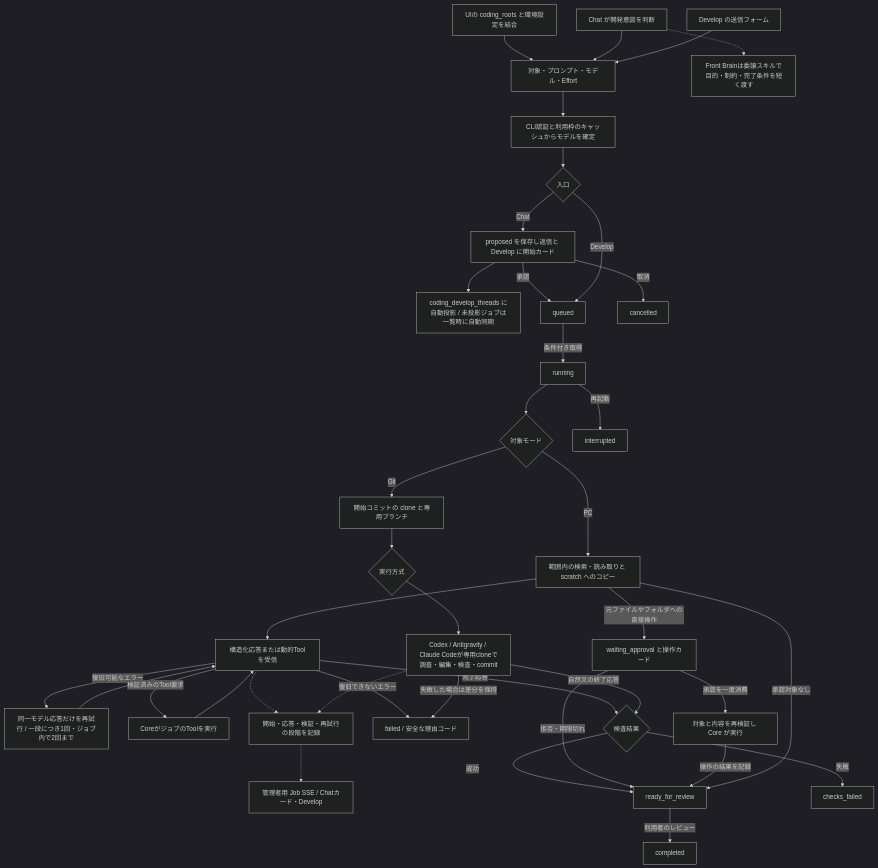
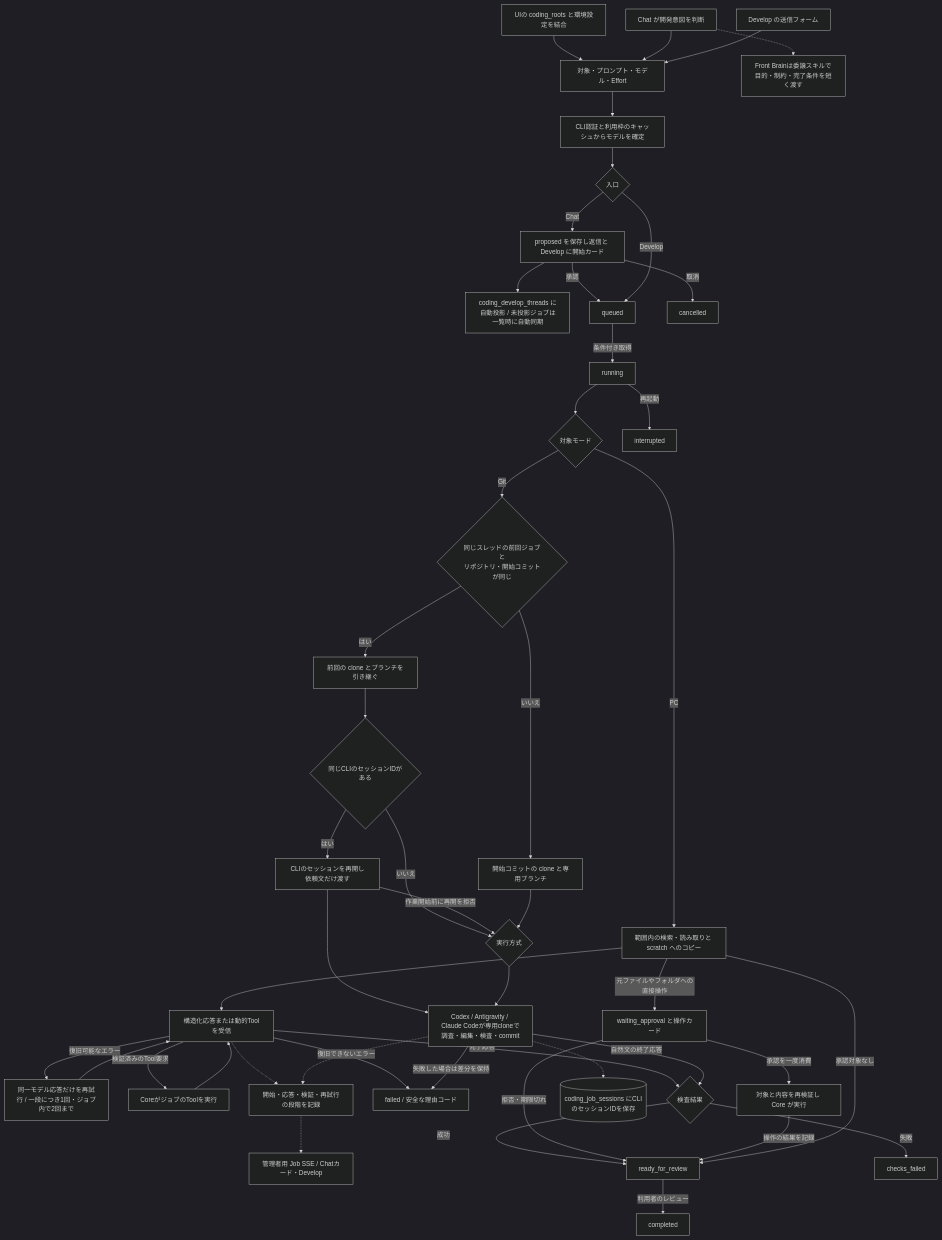
The sixth of 45 diagrams in docs/runtime-flows.md (Soso2e/PETIT), drawn with Mermaid (dark theme) before and after one commit. The commit also changed 12 other files, not shown here.

````diff
--- a/docs/runtime-flows.md
+++ b/docs/runtime-flows.md
@@ -112,41 +112,49 @@
 ```mermaid
 flowchart TD
     Roots[UIの coding_roots と環境設定を結合] --> Select[対象・プロンプト・モデル・Effort]
     Chat[Chat が開発意図を判断] --> Select
     Develop[Develop の送信フォーム] --> Select
     Select --> Quota[CLI認証と利用枠のキャッシュからモデルを確定]
     Quota --> Entry{入口}
     Entry -->|Chat| Proposed[proposed を保存し返信と Develop に開始カード]
     Proposed --> AutoThread[coding_develop_threads に自動投影 / 未投影ジョブは一覧時に自動同期]
     Proposed -->|承認| Queued[queued]
     Proposed -->|取消| Cancelled[cancelled]
     Entry -->|Develop| Queued
     Queued -->|条件付き取得| Run[running]
     Chat -.-> Compact[Front Brainは委譲スキルで目的・制約・完了条件を短く渡す]
     PC --> Model[構造化応答または動的Toolを受信]
     Model -->|復旧可能なエラー| Retry[同一モデル応答だけを再試行 / 一段につき1回・ジョブ内で2回まで]
     Retry --> Model
     Model -->|検証済みのTool要求| JobTool[CoreがジョブのToolを実行]
     JobTool --> Model
     Model -->|完了応答| Check
     Model -->|復旧できないエラー| Error[failed / 安全な理由コード]
     Model -.-> Progress[開始・応答・検証・再試行の段階を記録]
     Progress -.-> SSE[管理者用 Job SSE / Chatカード・Develop]
     Run --> Mode{対象モード}
-    Mode -->|Git| Git[開始コミットの clone と専用ブランチ]
+    Mode -->|Git| Continue{同じスレッドの前回ジョブと<br/>リポジトリ・開始コミットが同じ}
+    Continue -->|いいえ| Git[開始コミットの clone と専用ブランチ]
+    Continue -->|はい| Reuse[前回の clone とブランチを引き継ぐ]
+    Reuse --> SameCLI{同じCLIのセッションIDがある}
+    SameCLI -->|はい| Resume[CLIのセッションを再開し依頼文だけ渡す]
+    SameCLI -->|いいえ| Executor
+    Resume -->|作業開始前に再開を拒否| Executor
+    Resume --> Native
     Git --> Executor{実行方式}
     Executor --> Native[Codex / Antigravity / Claude Codeが専用cloneで調査・編集・検査・commit]
     Native -->|自然文の終了応答| Check{検査結果}
     Native -->|失敗した場合は差分を保持| Error
     Native -.-> Progress
+    Native -.-> Session[(coding_job_sessions にCLIのセッションIDを保存)]
     Check -->|成功| Review[ready_for_review]
     Check -->|失敗| FailedChecks[checks_failed]
     Mode -->|PC| PC[範囲内の検索・読み取りと scratch へのコピー]
     PC -->|元ファイルやフォルダへの直接操作| Pending[waiting_approval と操作カード]
     Pending -->|承認を一度消費| Effect[対象と内容を再検証し Core が実行]
     Pending -->|拒否・期限切れ| Review
     Effect -->|操作の結果を記録| Review
     PC -->|承認対象なし| Review
     Review -->|利用者のレビュー| Completed[completed]
     Run -->|再起動| Interrupted[interrupted]
 ```
````
